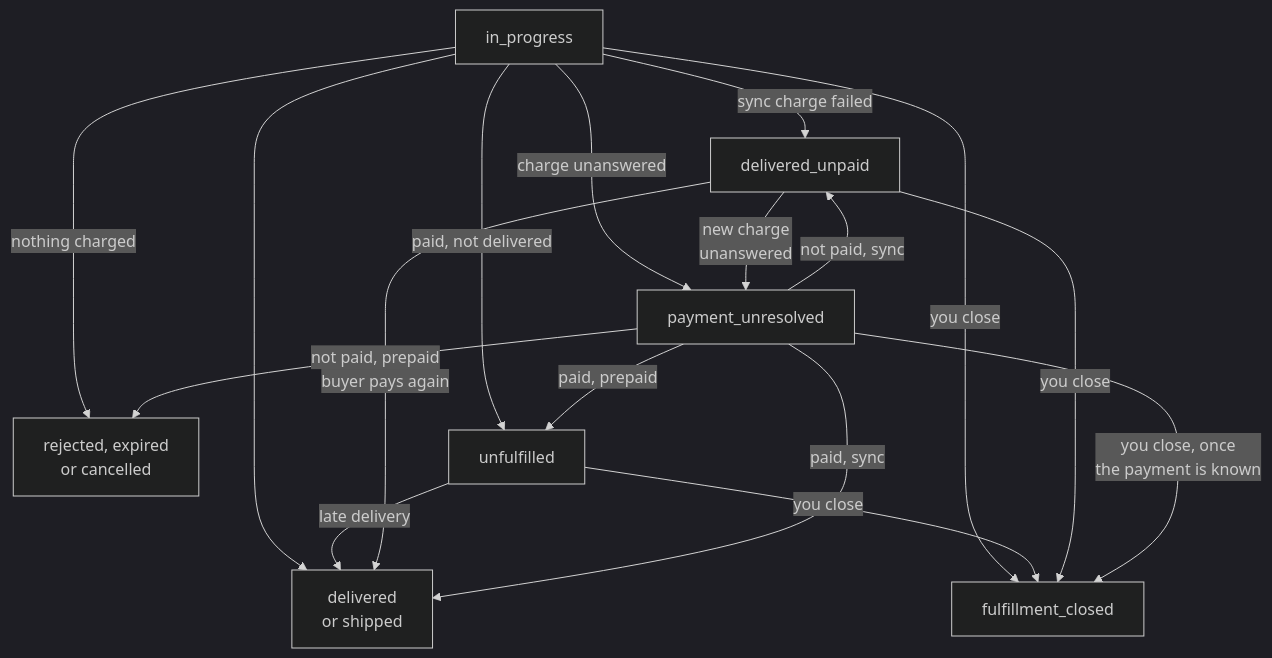
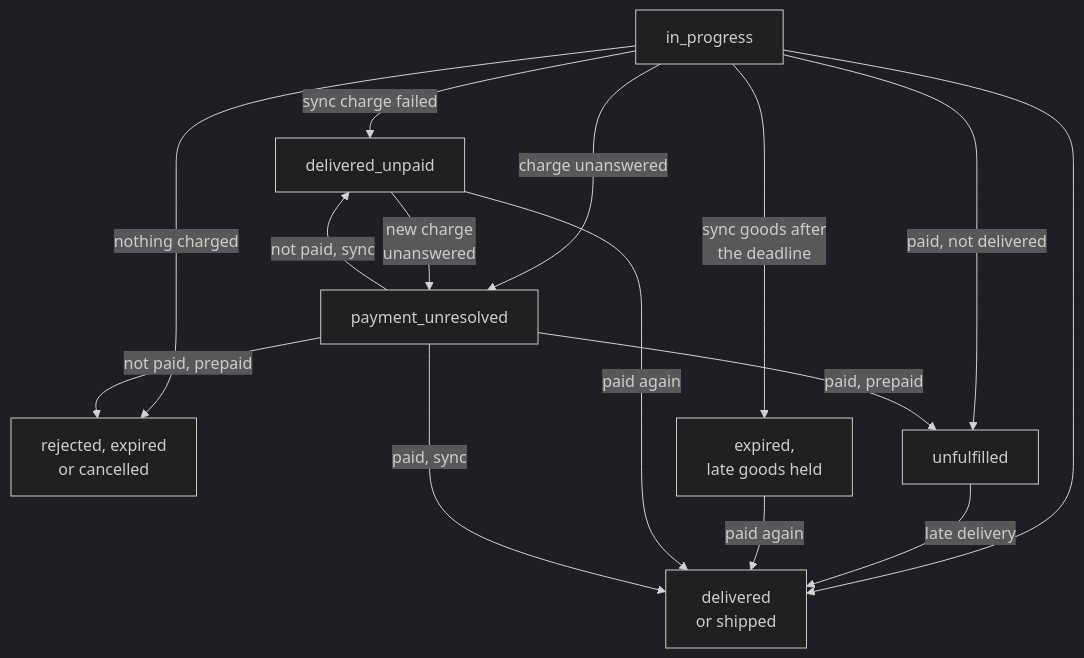
Before and after one commit to aftercard/agentify: the second of 3 diagrams in apps/docs/orders.md, drawn with Mermaid (dark theme). The commit also changed other lines of this file and 3 other files, not shown here.

First line of the commit message:
docs(orders): draw where an expired order with late goods leads

````diff
--- a/apps/docs/orders.md
+++ b/apps/docs/orders.md
@@ -356,28 +356,26 @@
 ```mermaid
 flowchart TB
     accTitle: How an order's status changes
-    accDescr: An order starts in_progress. From there it is delivered or shipped; it ends rejected, expired or cancelled with nothing charged; it becomes unfulfilled when it was paid and not delivered in time, refused after the charge, or you left; it becomes delivered_unpaid when a synchronous charge failed after your delivery; and it becomes payment_unresolved when nobody heard whether the charge went through. A late delivery takes an unfulfilled order to delivered or shipped, and a buyer paying again takes a delivered_unpaid order to delivered. A payment_unresolved order moves once the payment is known: paid takes a synchronous order to delivered and an order paid at purchase to unfulfilled, and not paid takes a synchronous order to delivered_unpaid and an order paid at purchase to rejected. A delivered_unpaid order whose new charge goes unanswered becomes payment_unresolved. You can close fulfillment of an order that is in_progress, unfulfilled or delivered_unpaid, which makes it fulfillment_closed; closing a payment_unresolved order keeps that word until the payment is known, and then it reads fulfillment_closed.
+    accDescr: An order starts in_progress. From there it is delivered or shipped; it ends rejected, expired or cancelled with nothing charged; it ends expired with goods held when a synchronous delivery arrives after its deadline; it becomes unfulfilled when it was paid and not delivered in time, refused after the charge, or you left; it becomes delivered_unpaid when a synchronous charge failed after your delivery; and it becomes payment_unresolved when nobody heard whether the charge went through. A late delivery takes an unfulfilled order to delivered or shipped, and the buyer paying again takes a delivered_unpaid order, or an expired order with goods held, to delivered. A payment_unresolved order moves once the payment is known: paid takes a synchronous order to delivered and an order paid at purchase to unfulfilled, and not paid takes a synchronous order to delivered_unpaid and an order paid at purchase to rejected. A delivered_unpaid order whose new charge goes unanswered becomes payment_unresolved.
     IP["in_progress"]
     DS["delivered<br/>or shipped"]
     NC["rejected, expired<br/>or cancelled"]
+    EX["expired,<br/>late goods held"]
     U["unfulfilled"]
     DU["delivered_unpaid"]
     PU["payment_unresolved"]
-    FC["fulfillment_closed"]
     IP --> DS
     IP -- "nothing charged" --> NC
+    IP -- "sync goods after<br/>the deadline" --> EX
     IP -- "paid, not delivered" --> U
     IP -- "sync charge failed" --> DU
     IP -- "charge unanswered" --> PU
     U -- "late delivery" --> DS
-    DU -- "buyer pays again" --> DS
+    EX -- "paid again" --> DS
+    DU -- "paid again" --> DS
     DU -- "new charge<br/>unanswered" --> PU
     PU -- "paid, sync" --> DS
     PU -- "paid, prepaid" --> U
     PU -- "not paid, sync" --> DU
     PU -- "not paid, prepaid" --> NC
-    IP -- "you close" --> FC
-    U -- "you close" --> FC
-    DU -- "you close" --> FC
-    PU -- "you close, once<br/>the payment is known" --> FC
 ```
````
